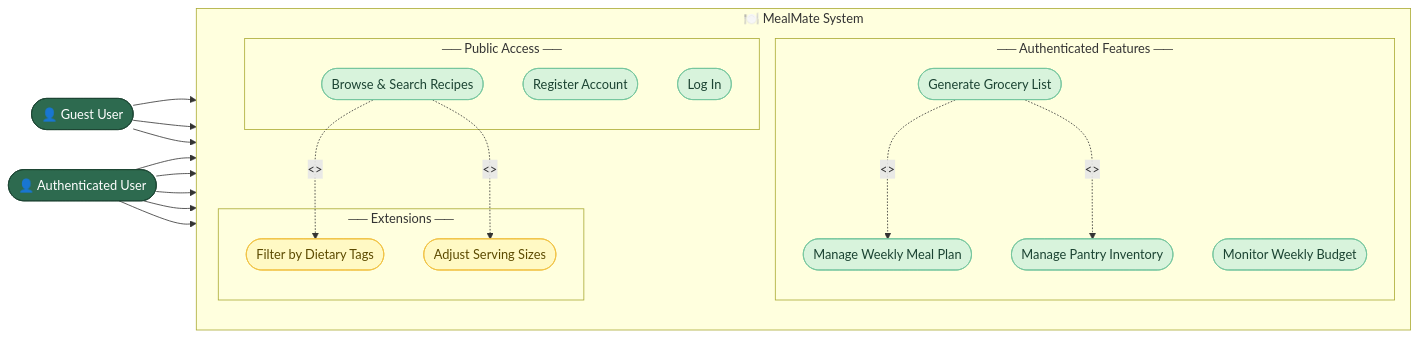
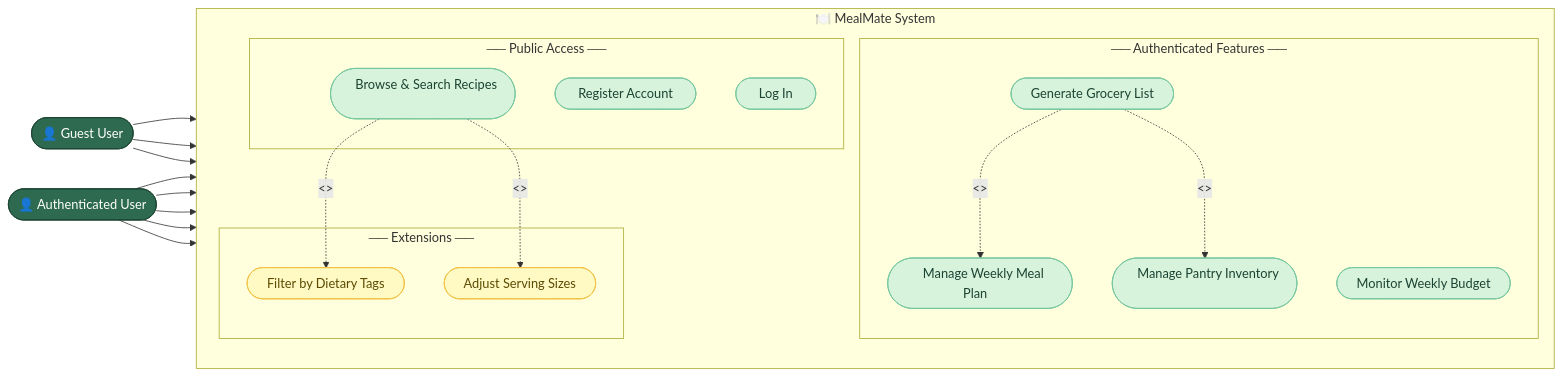
One commit to Amourous/MealMate changed the first of 4 diagrams in docs/UML_DIAGRAMS.md. Above: the diagram before and after it, drawn with Mermaid.

Commit message:
docs: improve Use Case diagram oval compliance using wide stadium shapes

````diff
--- a/docs/UML_DIAGRAMS.md
+++ b/docs/UML_DIAGRAMS.md
@@ -11,66 +11,66 @@
 ```mermaid
 flowchart LR
     %% ── Actors ─────────────────────────────────────────────
     Guest([👤 Guest User])
     Auth([👤 Authenticated User])
 
     %% ── System Boundary ─────────────────────────────────────
     subgraph MealMate [" 🍽️  MealMate System "]
         direction TB
 
         subgraph Public ["── Public Access ──"]
-            UC_Reg(["Register Account"])
-            UC_Login(["Log In"])
-            UC_Browse(["Browse & Search Recipes"])
+            UC_Reg(["&nbsp;&nbsp;&nbsp; Register Account &nbsp;&nbsp;&nbsp;"])
+            UC_Login(["&nbsp;&nbsp;&nbsp; Log In &nbsp;&nbsp;&nbsp;"])
+            UC_Browse(["&nbsp;&nbsp; Browse & Search Recipes &nbsp;&nbsp;"])
         end
 
         subgraph Auth_Features ["── Authenticated Features ──"]
-            UC_Plan(["Manage Weekly Meal Plan"])
-            UC_List(["Generate Grocery List"])
-            UC_Pantry(["Manage Pantry Inventory"])
-            UC_Budget(["Monitor Weekly Budget"])
+            UC_Plan(["&nbsp;&nbsp; Manage Weekly Meal Plan &nbsp;&nbsp;"])
+            UC_List(["&nbsp;&nbsp; Generate Grocery List &nbsp;&nbsp;"])
+            UC_Pantry(["&nbsp;&nbsp; Manage Pantry Inventory &nbsp;&nbsp;"])
+            UC_Budget(["&nbsp;&nbsp; Monitor Weekly Budget &nbsp;&nbsp;"])
         end
 
         subgraph Extensions ["── Extensions ──"]
-            UC_Filter(["Filter by Dietary Tags"])
-            UC_Scale(["Adjust Serving Sizes"])
+            UC_Filter(["&nbsp;&nbsp; Filter by Dietary Tags &nbsp;&nbsp;"])
+            UC_Scale(["&nbsp;&nbsp; Adjust Serving Sizes &nbsp;&nbsp;"])
         end
     end
 
     %% ── Guest associations ──────────────────────────────────
     Guest --> UC_Reg
     Guest --> UC_Login
     Guest --> UC_Browse
 
     %% ── Authenticated associations ──────────────────────────
     Auth --> UC_Browse
     Auth --> UC_Plan
     Auth --> UC_List
     Auth --> UC_Pantry
     Auth --> UC_Budget
 
     %% ── extend relationships ────────────────────────────────
     UC_Browse -. "<<extend>>" .-> UC_Filter
     UC_Browse -. "<<extend>>" .-> UC_Scale
 
     %% ── include relationships ───────────────────────────────
     UC_List -. "<<include>>" .-> UC_Plan
     UC_List -. "<<include>>" .-> UC_Pantry
 
     %% ── Styling ─────────────────────────────────────────────
     classDef actor fill:#2d6a4f,color:#fff,stroke:#1b4332
     classDef usecase fill:#d8f3dc,color:#1b4332,stroke:#74c69d
     classDef ext fill:#fff9c4,color:#5c4a00,stroke:#f0c040
 
     class Guest actor
     class Auth actor
     class UC_Reg usecase
     class UC_Login usecase
     class UC_Browse usecase
     class UC_Plan usecase
     class UC_List usecase
     class UC_Pantry usecase
     class UC_Budget usecase
     class UC_Filter ext
     class UC_Scale ext
 ```
````
